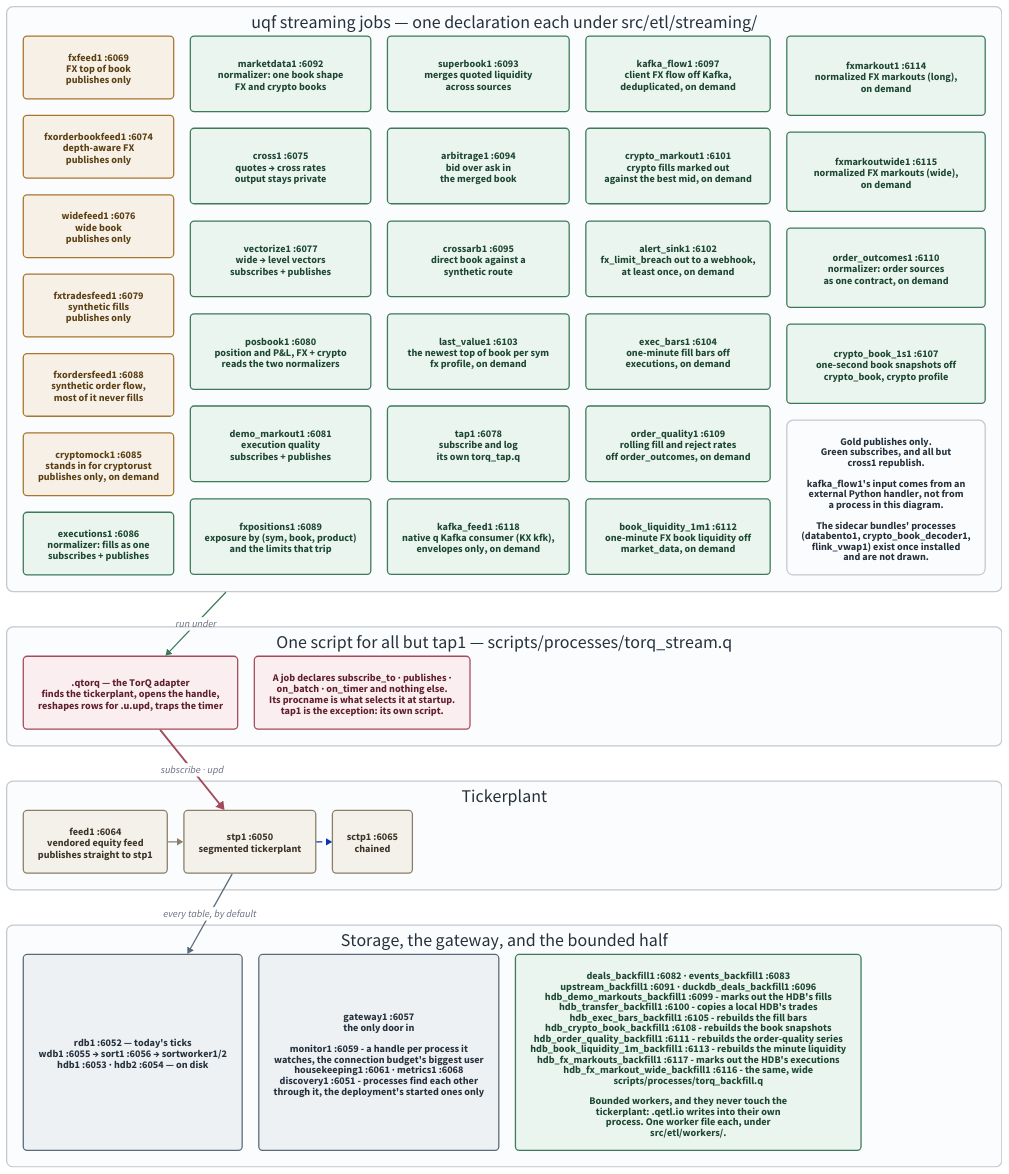
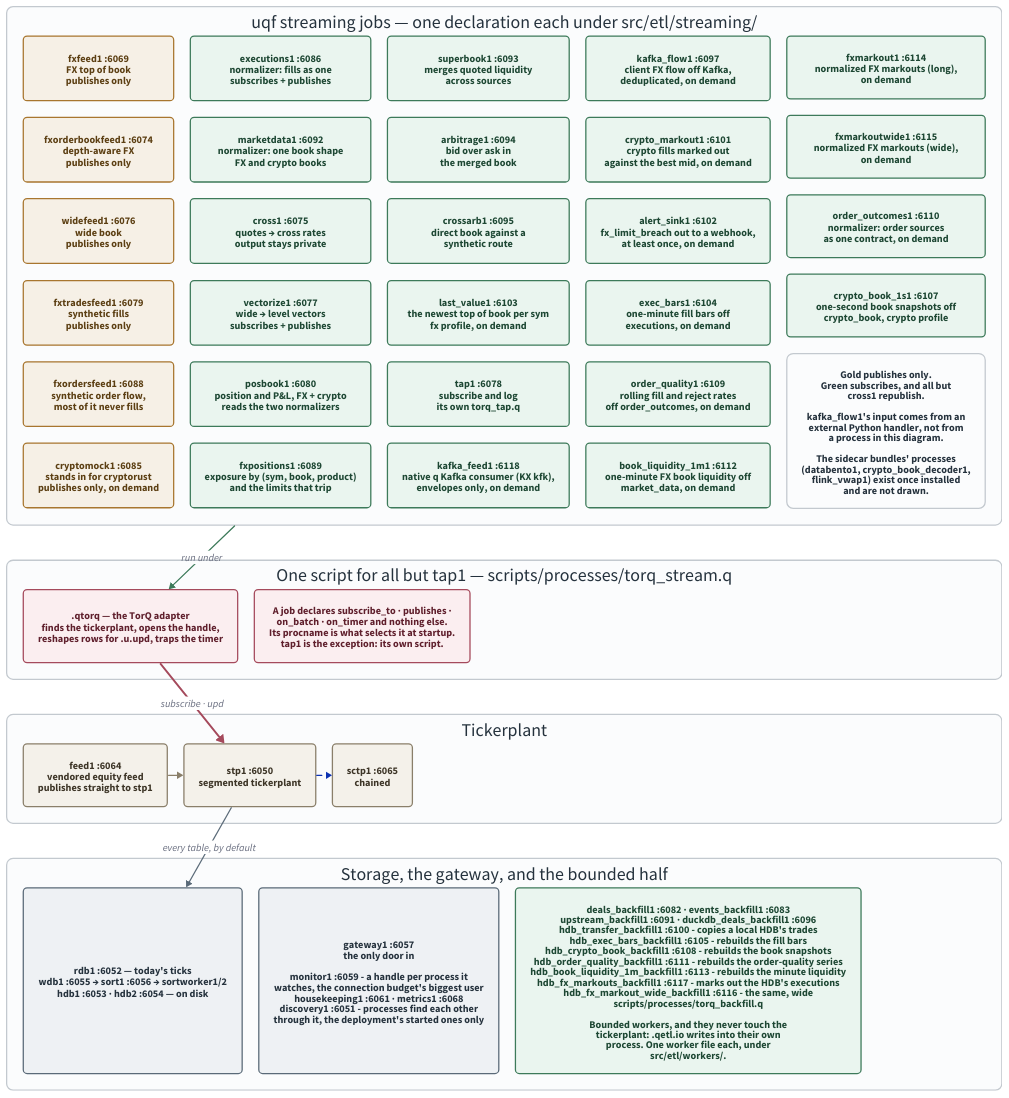
Before and after one commit to kwojdalski/uqf: the diagram in docs/diagrams/stack-topology.d2, drawn with D2. The commit also changed 89 other files, not shown here.

First line of the commit message:
Retire the demo markout job, its backfill twin and the demo_execution_quality table (#1937)

```diff
--- a/docs/diagrams/stack-topology.d2
+++ b/docs/diagrams/stack-topology.d2
@@ -1,178 +1,177 @@
 # stack-topology.d2 - who connects to whom over IPC in the running stack.
 #
 # Rendered by `scripts/generate/derive.py diagrams`, which CI runs with
 # --check. Embedded from docs/architecture/stack.md.
 #
 # Ports are the defaults at base 6050; every one is {KDBBASEPORT}+offset, so
 # a different base shifts them all together. The authority for the offsets
 # is docs/reference/processes.md, which is GENERATED from the
 # pipeline registry - if this diagram and that table disagree, the table is
 # right.
 # scripts/gates/check_diagram_ports.py fails the build when any `name :port`
 # label here disagrees with that authority (#1369).
 #
 # WHAT THIS SHOWS THAT THE MERMAID VERSION DID NOT (#245).
 #
 # Every uqf streaming process but tap1 runs the SAME script. Since #204 a
 # streaming job is a declaration under src/etl/streaming/ and
 # processes/torq_stream.q is the one runner; which job a process runs is
 # decided by its procname at startup. The old diagram drew a script per
 # process, which is what the stack looked like before .qetl.job.stream and is the
 # single most misleading thing about it.
 #
 # The two connection patterns are still real and still different - publish
 # only, versus an access-listed subscribe - but a job performs neither
 # itself now. .qtorq does both on its behalf, which is why the adapter is
 # drawn between the processes and the tickerplant rather than left out.
 #
 # Backfills are on here too, and were not before. They are the other half
 # of the ETL tree and they reach the tickerplant NOT AT ALL: a bounded
 # worker writes through .qetl.io into its own process, so its rows never
 # traverse stp1. Drawing them beside the streaming jobs is the point - the
 # two halves look alike in the code and take completely different paths to
 # storage.
 
 direction: down
 
 grid-rows: 4
 grid-gap: 55
 
 vars: {
   d2-config: {
     pad: 40
   }
 }
 
 # Same palette as repo-overview.d2, so the set reads as one system: light
 # fills with dark text in both themes rather than a --dark-theme pairing,
 # which d2 still applies explicit styles over (d2lang/d2#831).
 classes: {
   feed: {
     style: {
       fill: "#f6f0e6"
       stroke: "#a8762f"
       font-color: "#5c3f13"
       border-radius: 6
     }
   }
   job: {
     style: {
       fill: "#eaf5ef"
       stroke: "#3d7a5a"
       font-color: "#1d4733"
       border-radius: 6
     }
   }
   adapter: {
     style: {
       fill: "#fbeef0"
       stroke: "#a54a5c"
       font-color: "#5f1f2c"
       border-radius: 6
     }
   }
   store: {
     style: {
       fill: "#eef1f4"
       stroke: "#5a6a78"
       font-color: "#25323d"
       border-radius: 6
     }
   }
   vendored: {
     style: {
       fill: "#f4f1ea"
       stroke: "#8a7f6a"
       font-color: "#3d3527"
       border-radius: 6
     }
   }
   band: {
     style: {
       fill: "#fbfcfd"
       stroke: "#c3c9cf"
       font-color: "#25323d"
       stroke-width: 2
       border-radius: 10
     }
   }
 }
 
 jobs: "uqf streaming jobs — one declaration each under src/etl/streaming/" {
   class: band
   grid-columns: 5
   grid-gap: 26
 
   fxfeed1: "fxfeed1 :6069\nFX top of book\npublishes only" { class: feed }
   fxorderbookfeed1: "fxorderbookfeed1 :6074\ndepth-aware FX\npublishes only" { class: feed }
   widefeed1: "widefeed1 :6076\nwide book\npublishes only" { class: feed }
   fxtradesfeed1: "fxtradesfeed1 :6079\nsynthetic fills\npublishes only" { class: feed }
   fxordersfeed1: "fxordersfeed1 :6088\nsynthetic order flow,\nmost of it never fills" { class: feed }
 
   cryptomock1: "cryptomock1 :6085\nstands in for cryptorust\npublishes only, on demand" { class: feed }
   executions1: "executions1 :6086\nnormalizer: fills as one\nsubscribes + publishes" { class: job }
   marketdata1: "marketdata1 :6092\nnormalizer: one book shape\nFX and crypto books" { class: job }
 
   cross1: "cross1 :6075\nquotes → cross rates\noutput stays private" { class: job }
   vectorize1: "vectorize1 :6077\nwide → level vectors\nsubscribes + publishes" { class: job }
   posbook1: "posbook1 :6080\nposition and P&L, FX + crypto\nreads the two normalizers" { class: job }
-  demo_markout1: "demo_markout1 :6081\nexecution quality\nsubscribes + publishes" { class: job }
   fxpositions1: "fxpositions1 :6089\nexposure by (sym, book, product)\nand the limits that trip" { class: job }
 
   superbook1: "superbook1 :6093\nmerges quoted liquidity\nacross sources" { class: job }
   arbitrage1: "arbitrage1 :6094\nbid over ask in\nthe merged book" { class: job }
   crossarb1: "crossarb1 :6095\ndirect book against a\nsynthetic route" { class: job }
   last_value1: "last_value1 :6103\nthe newest top of book per sym\nfx profile, on demand" { class: job }
   tap1: "tap1 :6078\nsubscribe and log\nits own torq_tap.q" { class: job }
   kafka_feed1: "kafka_feed1 :6118\nnative q Kafka consumer (KX kfk),\nenvelopes only, on demand" { class: job }
   kafka_flow1: "kafka_flow1 :6097\nclient FX flow off Kafka,\ndeduplicated, on demand" { class: job }
   crypto_markout1: "crypto_markout1 :6101\ncrypto fills marked out\nagainst the best mid, on demand" { class: job }
   alert_sink1: "alert_sink1 :6102\nfx_limit_breach out to a webhook,\nat least once, on demand" { class: job }
   exec_bars1: "exec_bars1 :6104\none-minute fill bars off\nexecutions, on demand" { class: job }
   order_quality1: "order_quality1 :6109\nrolling fill and reject rates\noff order_outcomes, on demand" { class: job }
   book_liquidity_1m1: "book_liquidity_1m1 :6112\none-minute FX book liquidity off\nmarket_data, on demand" { class: job }
   fxmarkout1: "fxmarkout1 :6114\nnormalized FX markouts (long),\non demand" { class: job }
   fxmarkoutwide1: "fxmarkoutwide1 :6115\nnormalized FX markouts (wide),\non demand" { class: job }
   order_outcomes1: "order_outcomes1 :6110\nnormalizer: order sources\nas one contract, on demand" { class: job }
   crypto_book_1s1: "crypto_book_1s1 :6107\none-second book snapshots off\ncrypto_book, crypto profile" { class: job }
   legend: "Gold publishes only.\nGreen subscribes, and all but\ncross1 republish.\n\nkafka_flow1's input comes from an\nexternal Python handler, not from\na process in this diagram.\n\nThe sidecar bundles' processes\n(databento1, crypto_book_decoder1,\nflink_vwap1) exist once installed\nand are not drawn." { class: band }
 }
 
 runner: "One script for all but tap1 — scripts/processes/torq_stream.q" {
   class: band
   grid-columns: 2
   grid-gap: 26
 
   qtorq: ".qtorq — the TorQ adapter\nfinds the tickerplant, opens the handle,\nreshapes rows for .u.upd, traps the timer" { class: adapter }
   note: "A job declares subscribe_to · publishes ·\non_batch · on_timer and nothing else.\nIts procname is what selects it at startup.\ntap1 is the exception: its own script." { class: adapter }
 }
 
 tp: "Tickerplant" {
   class: band
   grid-columns: 3
   grid-gap: 26
 
   feed1: "feed1 :6064\nvendored equity feed\npublishes straight to stp1" { class: vendored }
   stp: "stp1 :6050\nsegmented tickerplant" { class: vendored }
   sctp: "sctp1 :6065\nchained" { class: vendored }
 
   feed1 -> stp { style.stroke: "#8a7f6a" }
   stp -> sctp { style.stroke-dash: 4 }
 }
 
 downstream: "Storage, the gateway, and the bounded half" {
   class: band
   grid-columns: 3
   grid-gap: 26
 
   storage: "rdb1 :6052 — today's ticks\nwdb1 :6055 → sort1 :6056 → sortworker1/2\nhdb1 :6053 · hdb2 :6054 — on disk" { class: store }
   gw: "gateway1 :6057\nthe only door in\n\nmonitor1 :6059 - a handle per process it\nwatches, the connection budget's biggest user\nhousekeeping1 :6061 · metrics1 :6068\ndiscovery1 :6051 - processes find each other\nthrough it, the deployment's started ones only" { class: store }
-  backfills: "deals_backfill1 :6082 · events_backfill1 :6083\nupstream_backfill1 :6091 · duckdb_deals_backfill1 :6096\nhdb_demo_markouts_backfill1 :6099 - marks out the HDB's fills\nhdb_transfer_backfill1 :6100 - copies a local HDB's trades\nhdb_exec_bars_backfill1 :6105 - rebuilds the fill bars\nhdb_crypto_book_backfill1 :6108 - rebuilds the book snapshots\nhdb_order_quality_backfill1 :6111 - rebuilds the order-quality series\nhdb_book_liquidity_1m_backfill1 :6113 - rebuilds the minute liquidity\nhdb_fx_markouts_backfill1 :6117 - marks out the HDB's executions\nhdb_fx_markout_wide_backfill1 :6116 - the same, wide\nscripts/processes/torq_backfill.q\n\nBounded workers, and they never touch the\ntickerplant: .qetl.io writes into their own\nprocess. One worker file each, under\nsrc/etl/workers/." { class: job }
+  backfills: "deals_backfill1 :6082 · events_backfill1 :6083\nupstream_backfill1 :6091 · duckdb_deals_backfill1 :6096\nhdb_transfer_backfill1 :6100 - copies a local HDB's trades\nhdb_exec_bars_backfill1 :6105 - rebuilds the fill bars\nhdb_crypto_book_backfill1 :6108 - rebuilds the book snapshots\nhdb_order_quality_backfill1 :6111 - rebuilds the order-quality series\nhdb_book_liquidity_1m_backfill1 :6113 - rebuilds the minute liquidity\nhdb_fx_markouts_backfill1 :6117 - marks out the HDB's executions\nhdb_fx_markout_wide_backfill1 :6116 - the same, wide\nscripts/processes/torq_backfill.q\n\nBounded workers, and they never touch the\ntickerplant: .qetl.io writes into their own\nprocess. One worker file each, under\nsrc/etl/workers/." { class: job }
 }
 
 jobs -> runner.qtorq: "run under" { style.stroke: "#3d7a5a" }
 runner.qtorq -> tp.stp: "subscribe · upd" {
   style.stroke: "#a54a5c"
   style.stroke-width: 3
 }
 tp.stp -> downstream.storage: "every table, by default" { style.stroke: "#5a6a78" }
```
